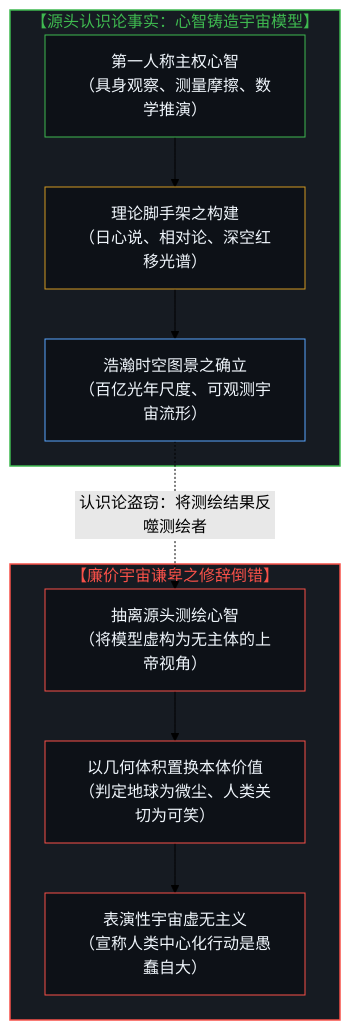
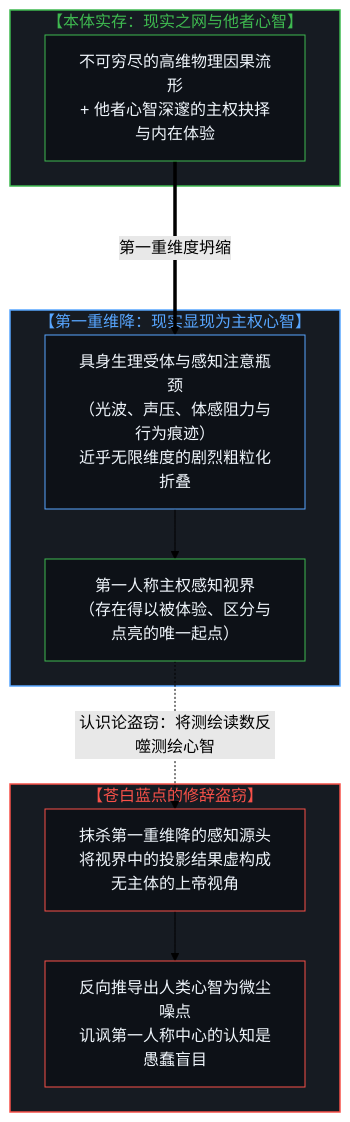
The first of 8 diagrams in content/posts/one-cannot-escape-ones-own-mind.md (powerpig99/not-a-toe), drawn with Mermaid (forest theme) before and after one commit. The commit also changed other lines of this file and 2 other files, not shown here.

Commit message:
Enhance Post #332: Integrate two-fold dimensional collapse and historical modeling inversion

````diff
--- a/content/posts/one-cannot-escape-ones-own-mind.md
+++ b/content/posts/one-cannot-escape-ones-own-mind.md
@@ -13,23 +13,30 @@
 ```mermaid
 flowchart TD
-    subgraph S_EpistemicOrigin ["【源头认识论事实：心智铸造宇宙模型】"]
-        M1["第一人称主权心智<br/>（具身观察、测量摩擦、数学推演）"] --> M2["理论脚手架之构建<br/>（日心说、相对论、深空红移光谱）"]
-        M2 --> M3["浩瀚时空图景之确立<br/>（百亿光年尺度、可观测宇宙流形）"]
+    subgraph S_RealityOrigin ["【本体实存：现实之网与他者心智】"]
+        R1["不可穷尽的高维物理因果流形<br/>+ 他者心智深邃的主权抉择与内在体验"]
     end
 
-    subgraph S_NihilisticTrap ["【廉价宇宙谦卑之修辞倒错】"]
-        N1["抽离源头测绘心智<br/>（将模型虚构为无主体的上帝视角）"] --> N2["以几何体积置换本体价值<br/>（判定地球为微尘、人类关切为可笑）"]
-        N2 --> N3["表演性宇宙虚无主义<br/>（宣称人类中心化行动是愚蠢自大）"]
+    subgraph S_FirstCollapse ["【第一重维降：现实显现为主权心智】"]
+        C1["具身生理受体与感知注意瓶颈<br/>（光波、声压、体感阻力与行为痕迹）<br/>近乎无限维度的剧烈粗粒化折叠"]
+        M1["第一人称主权感知视界<br/>（存在得以被体验、区分与点亮的唯一起点）"]
+        C1 --> M1
     end
 
-    M3 -.->|"认识论盗窃：将测绘结果反噬测绘者"| N1
+    subgraph S_TheftInversion ["【苍白蓝点的修辞盗窃】"]
+        T1["抹杀第一重维降的感知源头<br/>将视界中的投影结果虚构成无主体的上帝视角"]
+        T2["反向推导出人类心智为微尘噪点<br/>讥讽第一人称中心的认知是愚蠢盲目"]
+        T1 --> T2
+    end
 
-    style S_EpistemicOrigin fill:#161b22,stroke:#3fb950,stroke-width:1.5px,color:#3fb950
-    style S_NihilisticTrap fill:#161b22,stroke:#f85149,stroke-width:1.5px,color:#f85149
+    R1 ===>|"第一重维度坍缩"| C1
+    M1 -.->|"认识论盗窃：将测绘读数反噬测绘心智"| T1
+
+    style S_RealityOrigin fill:#161b22,stroke:#3fb950,stroke-width:1.5px,color:#3fb950
+    style S_FirstCollapse fill:#161b22,stroke:#58a6ff,stroke-width:1.5px,color:#58a6ff
+    style S_TheftInversion fill:#161b22,stroke:#f85149,stroke-width:1.5px,color:#f85149
+    style R1 fill:#0d1117,stroke:#3fb950,stroke-width:1px,color:#f0f6fc
+    style C1 fill:#0d1117,stroke:#58a6ff,stroke-width:1px,color:#f0f6fc
     style M1 fill:#0d1117,stroke:#3fb950,stroke-width:1px,color:#f0f6fc
-    style M2 fill:#0d1117,stroke:#d29922,stroke-width:1px,color:#f0f6fc
-    style M3 fill:#0d1117,stroke:#58a6ff,stroke-width:1px,color:#f0f6fc
-    style N1 fill:#0d1117,stroke:#f85149,stroke-width:1px,color:#f0f6fc
-    style N2 fill:#0d1117,stroke:#f85149,stroke-width:1px,color:#f0f6fc
-    style N3 fill:#0d1117,stroke:#f85149,stroke-width:1px,color:#f0f6fc
+    style T1 fill:#0d1117,stroke:#f85149,stroke-width:1px,color:#f0f6fc
+    style T2 fill:#0d1117,stroke:#f85149,stroke-width:1px,color:#f0f6fc
 ```
````
